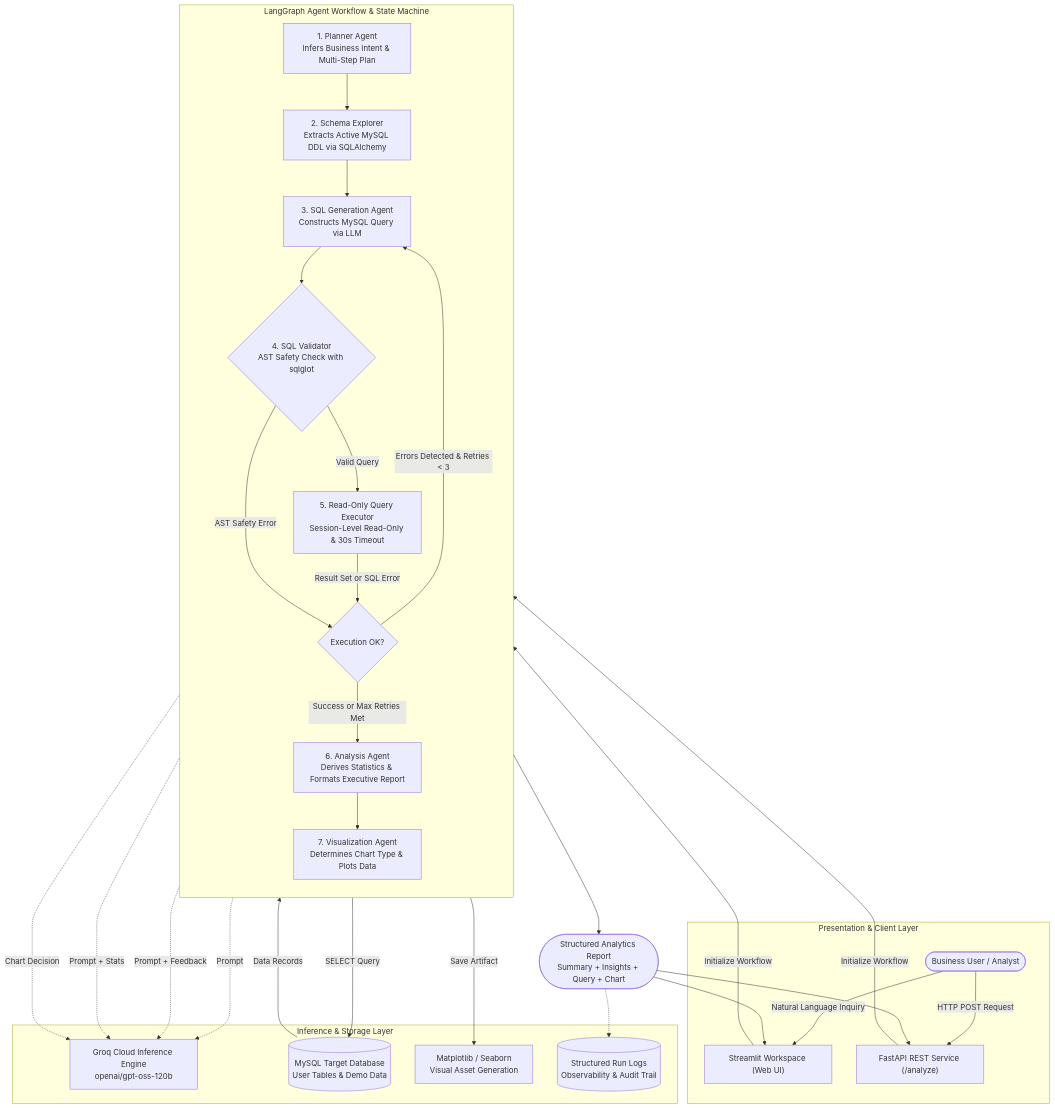
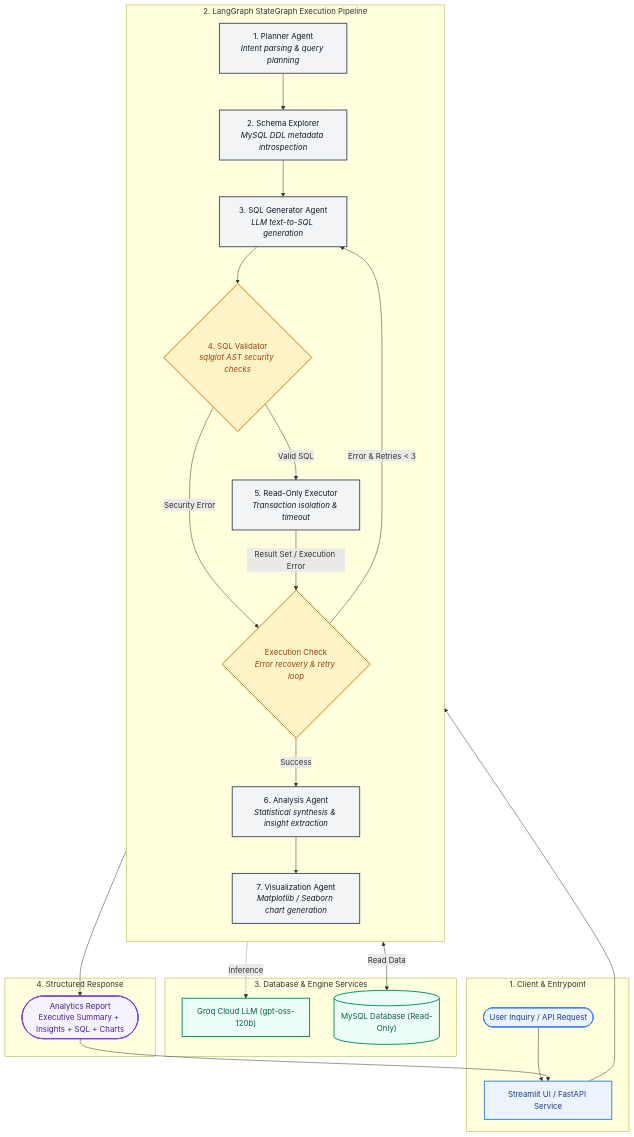
The diagram in README.md (Ujjwal-Bajpayee/Agentic-Data-Analyst), drawn with Mermaid before and after one commit. The commit also changed other lines of this file, not shown here.

Commit message:
Added read me

````diff
--- a/README.md
+++ b/README.md
@@ -7,57 +9,51 @@
 ```mermaid
 flowchart TD
-    subgraph UI["Presentation & Client Layer"]
-        User(["Business User / Analyst"])
-        StreamlitUI["Streamlit Workspace (Web UI)"]
-        FastAPI["FastAPI REST Service (/analyze)"]
-        User -->|Natural Language Inquiry| StreamlitUI
-        User -->|HTTP POST Request| FastAPI
+    classDef client fill:#EBF3FF,stroke:#3B82F6,stroke-width:2px,color:#1E3A8A;
+    classDef agent fill:#F3F4F6,stroke:#4B5563,stroke-width:2px,color:#111827;
+    classDef gate fill:#FEF3C7,stroke:#D97706,stroke-width:2px,color:#92400E;
+    classDef storage fill:#ECFDF5,stroke:#059669,stroke-width:2px,color:#065F46;
+    classDef output fill:#F5F3FF,stroke:#7C3AED,stroke-width:2px,color:#4C1D95;
+
+    subgraph ClientLayer ["1. Client & Entrypoint"]
+        User(["User Inquiry / API Request"]):::client
+        UI["Streamlit UI / FastAPI Service"]:::client
+        User --> UI
     end
 
-    subgraph LangGraphWorkflow["LangGraph Agent Workflow & State Machine"]
+    subgraph AgentPipeline ["2. LangGraph StateGraph Execution Pipeline"]
         direction TB
-        Planner["1. Planner Agent\nInfers Business Intent & Multi-Step Plan"]
-        SchemaNode["2. Schema Explorer\nExtracts Active MySQL DDL via SQLAlchemy"]
-        SQLAgent["3. SQL Generation Agent\nConstructs MySQL Query via LLM"]
-        Validator{"4. SQL Validator\nAST Safety Check with sqlglot"}
-        Executor["5. Read-Only Query Executor\nSession-Level Read-Only & 30s Timeout"]
-        BranchCheck{"Execution OK?"}
-        AnalysisNode["6. Analysis Agent\nDerives Statistics & Formats Executive Report"]
-        VizNode["7. Visualization Agent\nDetermines Chart Type & Plots Data"]
+        Planner["1. Planner Agent<br/><i>Intent parsing & query planning</i>"]:::agent
+        Schema["2. Schema Explorer<br/><i>MySQL DDL metadata introspection</i>"]:::agent
+        SQLGen["3. SQL Generator Agent<br/><i>LLM text-to-SQL generation</i>"]:::agent
+        Validator{"4. SQL Validator<br/><i>sqlglot AST security checks</i>"}:::gate
+        Executor["5. Read-Only Executor<br/><i>Transaction isolation & timeout</i>"]:::agent
+        RetryGate{"Execution Check<br/><i>Error recovery & retry loop</i>"}:::gate
+        Analyst["6. Analysis Agent<br/><i>Statistical synthesis & insight extraction</i>"]:::agent
+        Visualizer["7. Visualization Agent<br/><i>Matplotlib / Seaborn chart generation</i>"]:::agent
 
-        StreamlitUI -->|Initialize Workflow| Planner
-        FastAPI -->|Initialize Workflow| Planner
-
-        Planner --> SchemaNode
-        SchemaNode --> SQLAgent
-        SQLAgent --> Validator
-        Validator -->|Valid Query| Executor
-        Validator -->|AST Safety Error| BranchCheck
-        Executor -->|Result Set or SQL Error| BranchCheck
-
-        BranchCheck -->|"Errors Detected & Retries < 3"| SQLAgent
-        BranchCheck -->|"Success or Max Retries Met"| AnalysisNode
-        AnalysisNode --> VizNode
+        UI --> Planner
+        Planner --> Schema
+        Schema --> SQLGen
+        SQLGen --> Validator
+        Validator -->|Valid SQL| Executor
+        Validator -->|Security Error| RetryGate
+        Executor -->|Result Set / Execution Error| RetryGate
+        RetryGate -->|Error & Retries < 3| SQLGen
+        RetryGate -->|Success| Analyst
+        Analyst --> Visualizer
     end
 
-    subgraph ExternalServices["Inference & Storage Layer"]
-        Groq["Groq Cloud Inference Engine\nopenai/gpt-oss-120b"]
-        MySQL[("MySQL Target Database\nUser Tables & Demo Data")]
-        Matplotlib["Matplotlib / Seaborn\nVisual Asset Generation"]
-        Logs[("Structured Run Logs\nObservability & Audit Trail")]
-
-        Planner -.->|Prompt| Groq
-        SQLAgent -.->|Prompt + Feedback| Groq
-        AnalysisNode -.->|Prompt + Stats| Groq
-        VizNode -.->|Chart Decision| Groq
-
-        Executor -->|SELECT Query| MySQL
-        MySQL -->|Data Records| Executor
-        VizNode -->|Save Artifact| Matplotlib
+    subgraph ExternalServices ["3. Database & Engine Services"]
+        Groq["Groq Cloud LLM (gpt-oss-120b)"]:::storage
+        DB[("MySQL Database (Read-Only)")]:::storage
     end
 
-    VizNode --> FinalResponse(["Structured Analytics Report\nSummary + Insights + Query + Chart"])
-    FinalResponse -.-> Logs
-    FinalResponse --> StreamlitUI
-    FinalResponse --> FastAPI
+    subgraph OutputLayer ["4. Structured Response"]
+        Report(["Analytics Report<br/>Executive Summary + Insights + SQL + Charts"]):::output
+    end
+
+    AgentPipeline -.->|Inference| Groq
+    Executor <-->|Read Data| DB
+    Visualizer --> Report
+    Report --> UI
 ```
````
